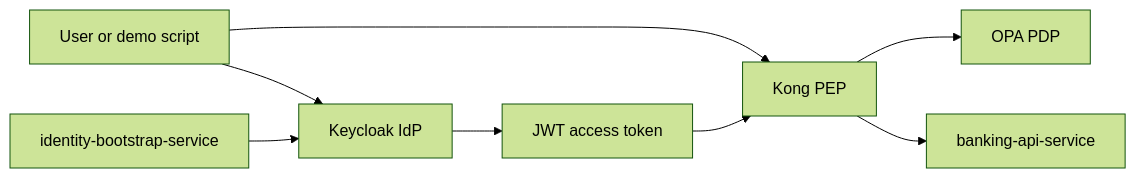
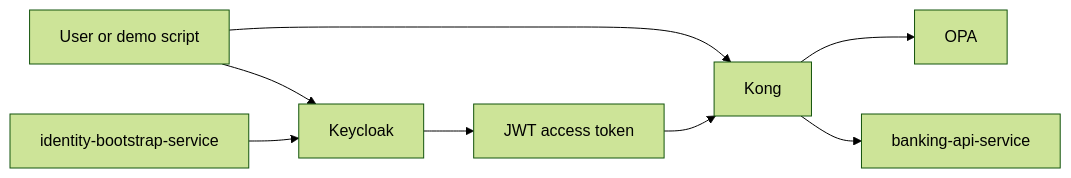
Before and after one commit to geekchow/micro-service-auth: the first of 3 diagrams in docs/06-keycloak-idp.md, drawn with Mermaid (forest theme). The commit also changed other lines of this file, not shown here.

Commit message:
docs: refocus 06 on Keycloak, relocate generic token theory

````diff
--- a/docs/06-keycloak-idp.md
+++ b/docs/06-keycloak-idp.md
@@ -51,10 +36,10 @@
 ```mermaid
 flowchart LR
-    U[User or demo script] --> K[Keycloak IdP]
+    U[User or demo script] --> K[Keycloak]
     K --> T[JWT access token]
-    U --> G[Kong PEP]
+    U --> G[Kong]
     T --> G
-    G --> O[OPA PDP]
+    G --> O[OPA]
     G --> B[banking-api-service]
     I[identity-bootstrap-service] --> K
 ```
````
